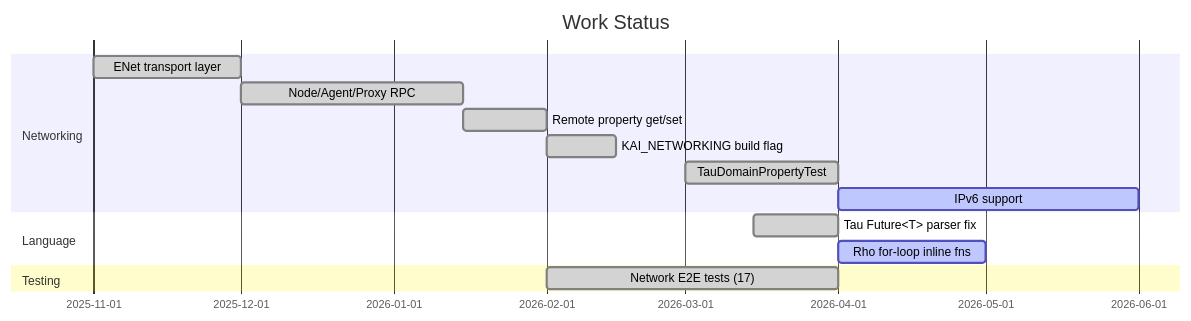
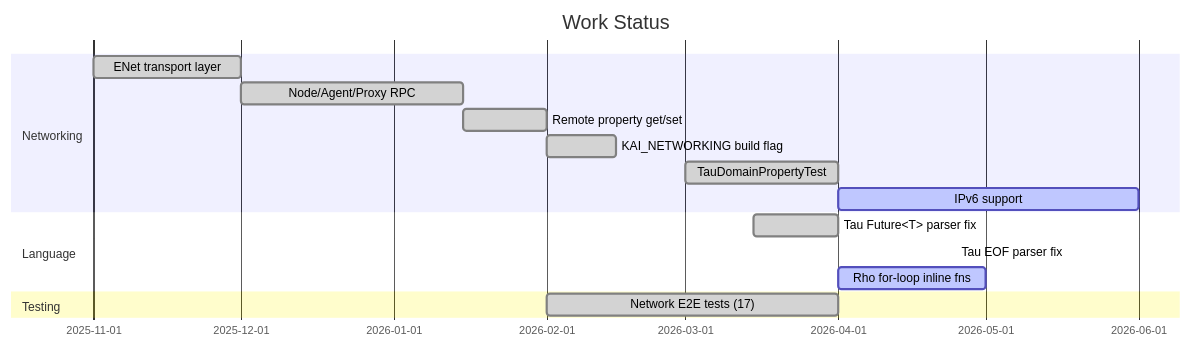
One commit to cschladetsch/CppKAI changed the diagram in TODO.md. Above: the diagram before and after it, drawn with Mermaid. The commit also changed other lines of this file, not shown here.

Commit message:
Update TODO for Tau parser and test status

````diff
--- a/TODO.md
+++ b/TODO.md
@@ -7,17 +7,18 @@
 ```mermaid
 gantt
     title Work Status
     dateFormat YYYY-MM-DD
     section Networking
     ENet transport layer        :done,   net1, 2025-11-01, 2025-12-01
     Node/Agent/Proxy RPC        :done,   net2, 2025-12-01, 2026-01-15
     Remote property get/set     :done,   net3, 2026-01-15, 2026-02-01
     KAI_NETWORKING build flag   :done,   net4, 2026-02-01, 2026-02-15
     TauDomainPropertyTest       :done,   net5, 2026-03-01, 2026-04-01
     IPv6 support                :active, net6, 2026-04-01, 2026-06-01
     section Language
     Tau Future<T> parser fix    :done,   tau1, 2026-03-15, 2026-04-01
+    Tau EOF parser fix          :done,   tau2, 2026-04-25, 2026-04-25
     Rho for-loop inline fns     :active, rho1, 2026-04-01, 2026-05-01
     section Testing
     Network E2E tests (17)      :done,   tst1, 2026-02-01, 2026-04-01
 ```
````
